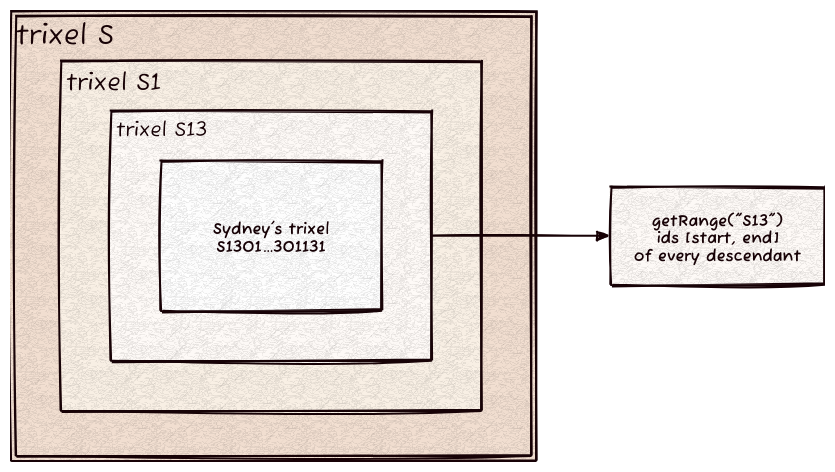
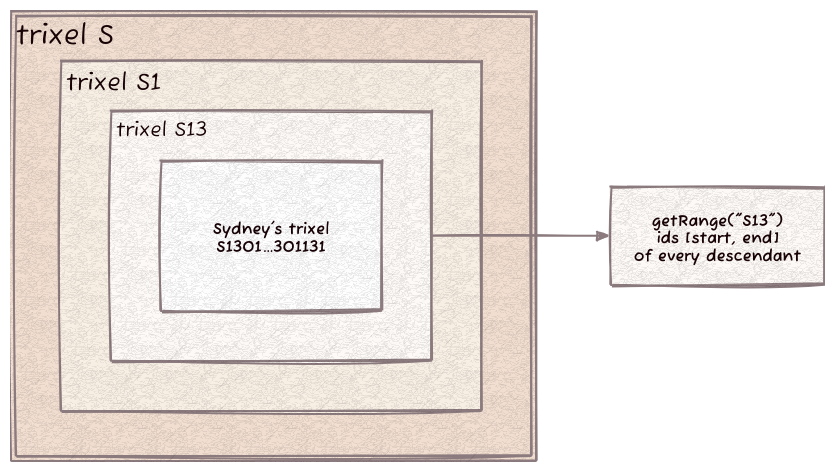
One commit to Kronuz/htm changed the diagram in docs/htm.d2. Above: the diagram before and after it, drawn with D2. The commit also changed 1 other file, not shown here.

Commit message:
Render the README diagram for light and dark pages
A transparent background, mid-tone lines and mid-tone edge labels let
the one SVG read on GitHub's light and dark themes; the header carries
the settings so a plain `d2` renders it the same way.

[skip ci]

```diff
--- a/docs/htm.d2
+++ b/docs/htm.d2
@@ -1,22 +1,24 @@
 # htm: nested spherical triangles; a name prefix is an area, its id range the whole subtree.
-# Render: d2 --layout elk --sketch --theme 302 docs/htm.d2 docs/htm.svg
-vars: { d2-config: { layout-engine: elk; theme-id: 302; sketch: true; pad: 24 } }
+# Render: d2 docs/htm.d2 docs/htm.svg
+vars: { d2-config: { layout-engine: elk; theme-id: 302; sketch: true; pad: 24; theme-overrides: { B1: "#8C7B7E"; B2: "#C25B73"; N2: "#C25B73" } } }
+style.fill: transparent
+
 direction: right
 
 s: "trixel S" {
   label.near: top-left
   s1: "trixel S1" {
     label.near: top-left
     s13: "trixel S13" {
       label.near: top-left
       leaf: "Sydney's trixel\nS1301…301131" {
         width: 220
         height: 150
       }
     }
   }
 }
 
 range: "getRange(\"S13\")\nids [start, end]\nof every descendant"
 
 s.s1.s13 -> range
```
